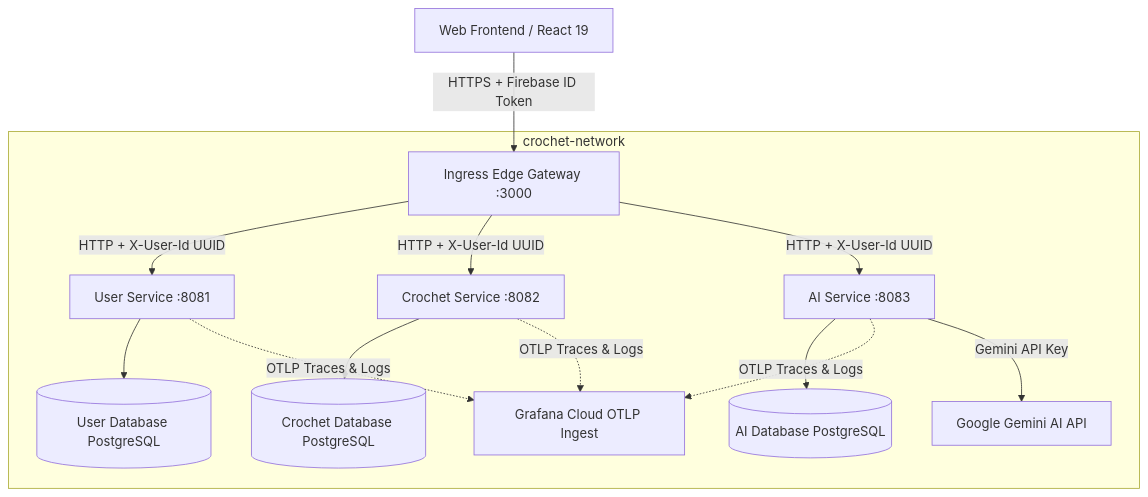
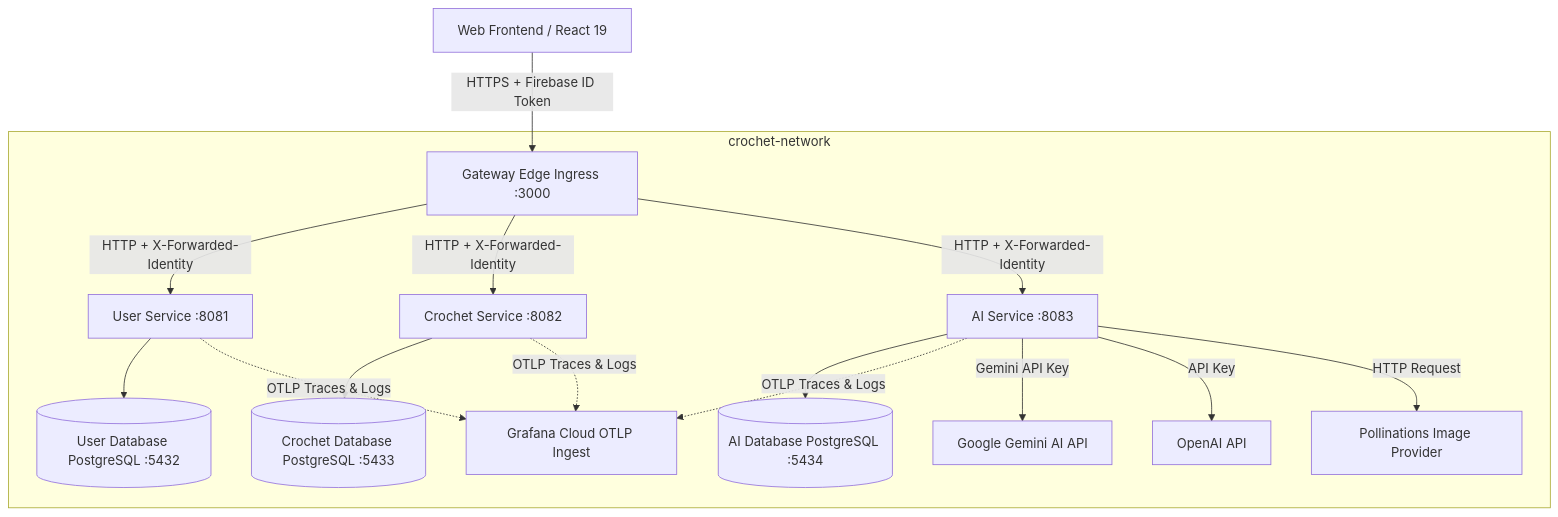
Before and after one commit to shruti910/my-yarn-diary: the diagram in README.md, drawn with Mermaid. The commit also changed other lines of this file and 2 other files, not shown here.

````diff
--- a/README.md
+++ b/README.md
@@ -11,20 +11,22 @@
 ```mermaid
 graph TD
-    Client[Web Frontend / React 19] -->|HTTPS + Firebase ID Token| Gateway[Ingress Edge Gateway :3000]
+    Client[Web Frontend / React 19] -->|HTTPS + Firebase ID Token| Gateway[Gateway Edge Ingress :3000]
     
     subgraph Private Container Network [crochet-network]
-        Gateway -->|HTTP + X-User-Id UUID| UserService[User Service :8081]
-        Gateway -->|HTTP + X-User-Id UUID| CrochetService[Crochet Service :8082]
-        Gateway -->|HTTP + X-User-Id UUID| AiService[AI Service :8083]
+        Gateway -->|HTTP + X-Forwarded-Identity| UserService[User Service :8081]
+        Gateway -->|HTTP + X-Forwarded-Identity| CrochetService[Crochet Service :8082]
+        Gateway -->|HTTP + X-Forwarded-Identity| AiService[AI Service :8083]
         
-        UserService --> UserDb[(User Database PostgreSQL)]
-        CrochetService --> CrochetDb[(Crochet Database PostgreSQL)]
-        AiService --> AiDb[(AI Database PostgreSQL)]
+        UserService --> UserDb[(User Database PostgreSQL :5432)]
+        CrochetService --> CrochetDb[(Crochet Database PostgreSQL :5433)]
+        AiService --> AiDb[(AI Database PostgreSQL :5434)]
         
         UserService -.->|OTLP Traces & Logs| OTelCollector[Grafana Cloud OTLP Ingest]
         CrochetService -.->|OTLP Traces & Logs| OTelCollector
         AiService -.->|OTLP Traces & Logs| OTelCollector
         
         AiService -->|Gemini API Key| Gemini[Google Gemini AI API]
+        AiService -->|API Key| OpenAi[OpenAI API]
+        AiService -->|HTTP Request| Pollinations[Pollinations Image Provider]
     end
 ```
````
